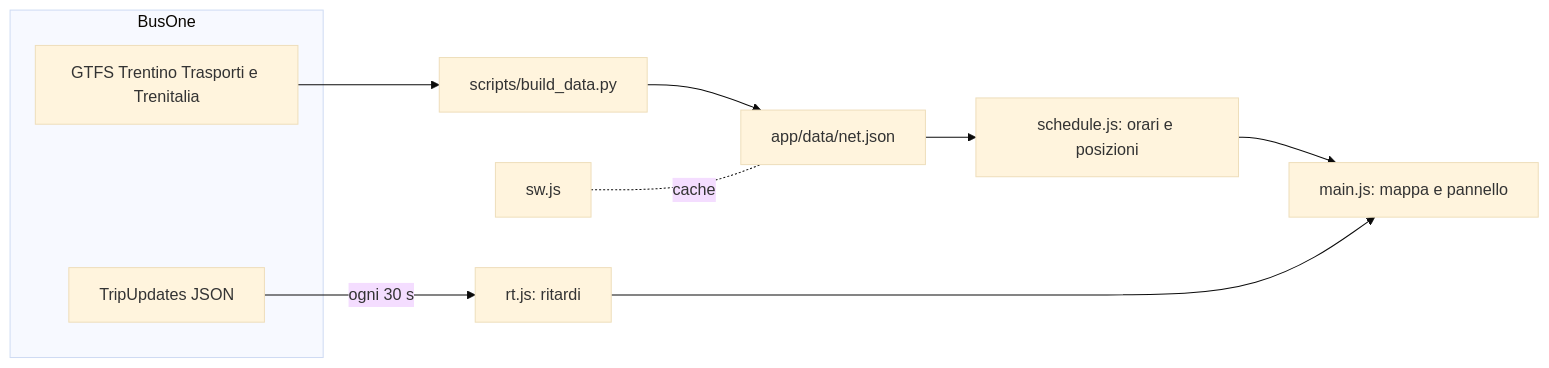
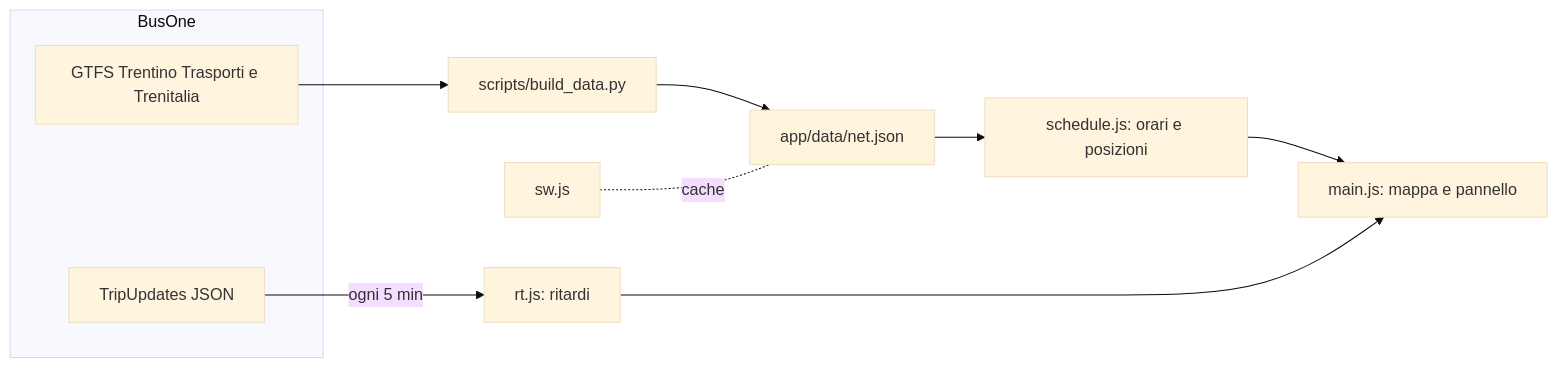
One commit to alexroat/tnaa-transit changed the diagram in docs/architettura.md. Above: the diagram before and after it, drawn with Mermaid (base theme). The commit also changed other lines of this file and 21 other files, not shown here.

````diff
--- a/docs/architettura.md
+++ b/docs/architettura.md
@@ -7,14 +7,14 @@
 ```mermaid
 flowchart LR
   subgraph BusOne
     G[GTFS Trentino Trasporti e Trenitalia]
     R[TripUpdates JSON]
   end
   G --> B[scripts/build_data.py]
   B --> N[app/data/net.json]
   N --> S[schedule.js: orari e posizioni]
-  R -->|ogni 30 s| P[rt.js: ritardi]
+  R -->|ogni 5 min| P[rt.js: ritardi]
   S --> M[main.js: mappa e pannello]
   P --> M
   W[sw.js] -. cache .- N
 ```
````
